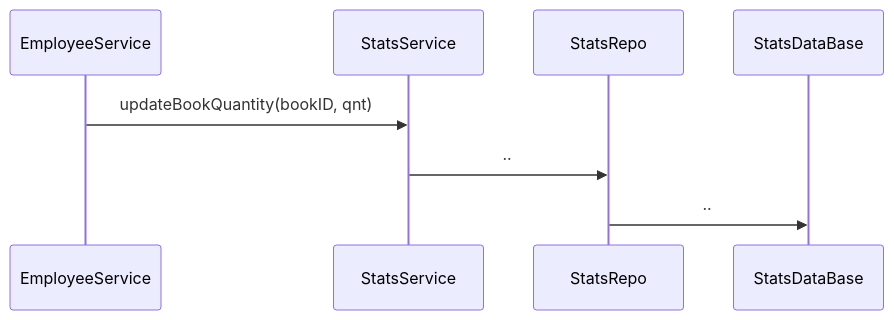
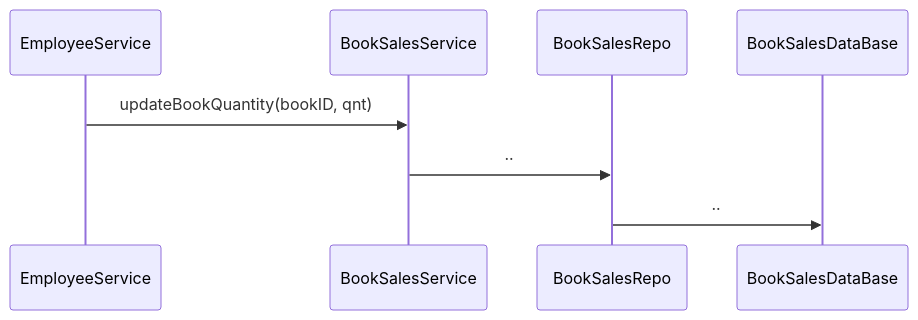
Before and after one commit to Apameus/Bookly: the ninth of 10 diagrams in docs/high_level_architecture.md, drawn with Mermaid. The commit also changed other lines of this file and 1 other file, not shown here.

````diff
--- a/docs/high_level_architecture.md
+++ b/docs/high_level_architecture.md
@@ -132,10 +135,10 @@
 ```mermaid
 sequenceDiagram
     participant ES as EmployeeService
-    participant SS as StatsService
-    participant SR as StatsRepo
-    participant SDB as StatsDataBase
-    ES ->> SS: updateBookQuantity(bookID, qnt)
-    SS ->> SR: ..
-    SR ->> SDB: ..
+    participant BS as BookSalesService
+    participant BR as BookSalesRepo
+    participant BDB as BookSalesDataBase
+    ES ->> BS: updateBookQuantity(bookID, qnt)
+    BS ->> BR: ..
+    BR ->> BDB: ..
 ```
````
